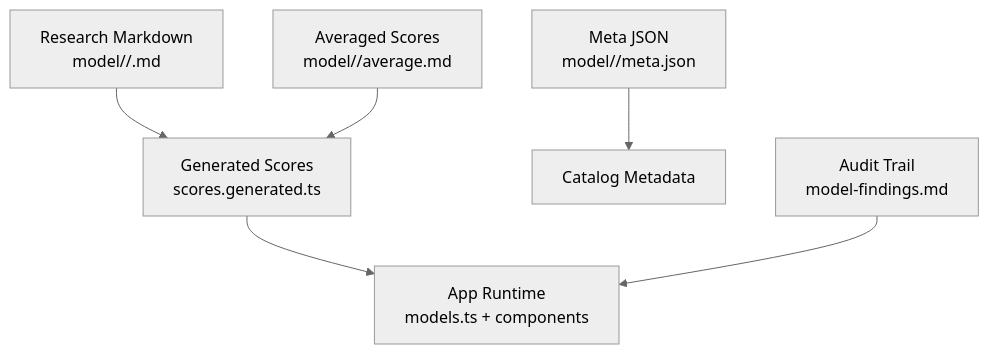
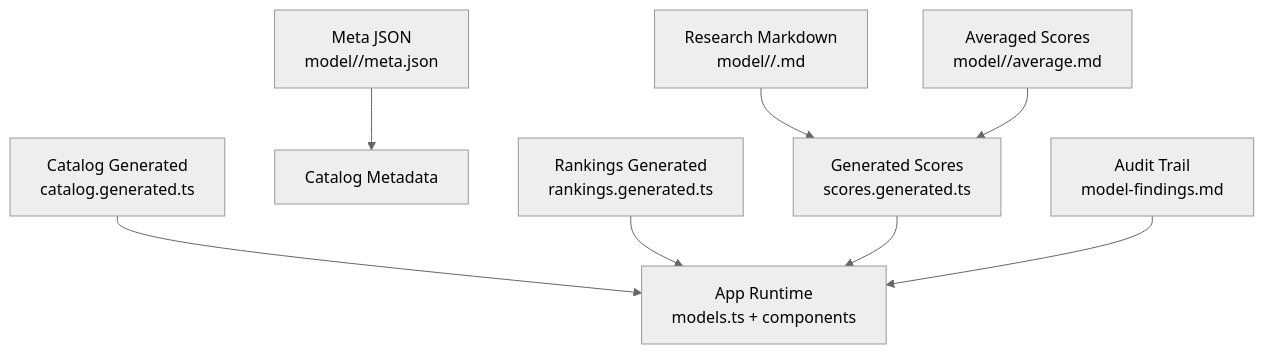
Before and after one commit to delirium-dj/modelcomp: diagram 15 of 16 in .qoder/repowiki/en/content/Data Management System/Data Management System.md, drawn with Mermaid (neutral theme). The commit also changed other lines of this file and 188 other files, not shown here.

````diff
--- a/.qoder/repowiki/en/content/Data Management System/Data Management System.md
+++ b/.qoder/repowiki/en/content/Data Management System/Data Management System.md
@@ -470,8 +537,10 @@
 ```mermaid
 graph TB
 RF["Research Markdown<br/>model/<slug>/<Source_Name>.md"] --> Gen["Generated Scores<br/>scores.generated.ts"]
 MF["Meta JSON<br/>model/<slug>/meta.json"] --> Catalog["Catalog Metadata"]
 AM["Averaged Scores<br/>model/<slug>/average.md"] --> Gen
+CG["Catalog Generated<br/>catalog.generated.ts"] --> App
+RG["Rankings Generated<br/>rankings.generated.ts"] --> App
 Gen --> App["App Runtime<br/>models.ts + components"]
 AF["Audit Trail<br/>model-findings.md"] --> App
 ```
````
